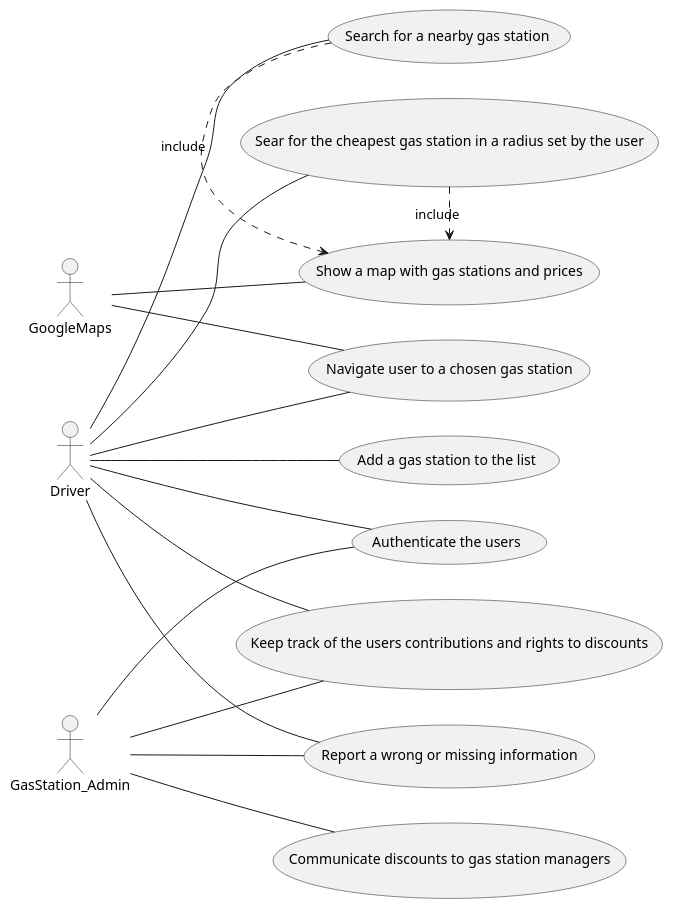
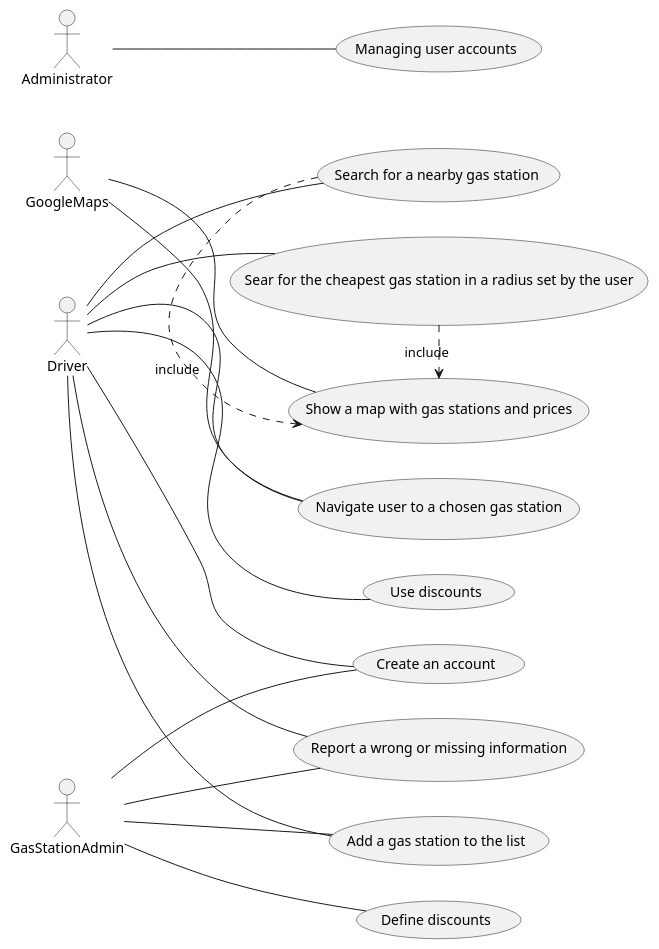
Before and after one commit to LucaOddoneSE/EZGas: the first of 2 diagrams in docs/RequirementsDocument.md, drawn with PlantUML. The commit also changed other lines of this file, not shown here.

````diff
--- a/docs/RequirementsDocument.md
+++ b/docs/RequirementsDocument.md
@@ -89,37 +89,41 @@
+```plantuml
 @startuml
-
 left to right direction
 actor Driver as d
-actor GasStation_Admin as a
+actor GasStationAdmin as a
 actor GoogleMaps as g
+actor Administrator as h
 
 (Search for a nearby gas station) as FR1
 (Sear for the cheapest gas station in a radius set by the user) as FR2
 (Show a map with gas stations and prices) as FR3
 (Navigate user to a chosen gas station) as FR4
-(Authenticate the users) as FR5
+(Create an account) as FR5
 (Add a gas station to the list) as FR6
 (Report a wrong or missing information) as FR7
-(Keep track of the users contributions and rights to discounts) as FR8
-(Communicate discounts to gas station managers) as FR9
+(Use discounts) as FR8
+(Define discounts) as FR9
+(Managing user accounts) as FR10
 
 d -- FR1
 d -- FR2
 d -- FR4
 d -- FR5
 d -- FR6
 d -- FR7
 d -- FR8
 
 FR1 .> FR3 : include
 FR2 .> FR3 : include
 
 a -- FR5
+a -- FR6
 a -- FR7
-a -- FR8
 a -- FR9
 
 g -- FR3
 g -- FR4
 
+h -- FR10
 @enduml
+```
````
